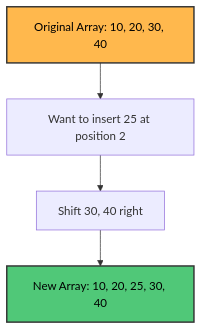
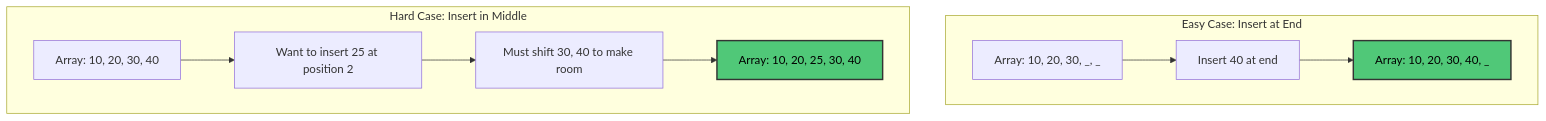
One commit to M-F-Tushar/CSE-2101-Data-Structure changed diagram 12 of 39 in Chapter 4 - Arrays, Records and Pointers/README.md. Above: the diagram before and after it, drawn with Mermaid. The commit also changed other lines of this file, not shown here.

````diff
--- a/Chapter 4 - Arrays, Records and Pointers/README.md
+++ b/Chapter 4 - Arrays, Records and Pointers/README.md
@@ -378,9 +363,16 @@
 ```mermaid
 graph TD
-    A["Original Array: 10, 20, 30, 40"] --> B["Want to insert 25 at position 2"]
-    B --> C["Shift 30, 40 right"]
-    C --> D["New Array: 10, 20, 25, 30, 40"]
+    subgraph "Easy Case: Insert at End"
+        A1["Array: 10, 20, 30, _, _"] --> A2["Insert 40 at end"]
+        A2 --> A3["Array: 10, 20, 30, 40, _"]
+    end
     
-    style A fill:#FFB84D,stroke:#333,stroke-width:2px,color:#000
-    style D fill:#50C878,stroke:#333,stroke-width:2px,color:#000
+    subgraph "Hard Case: Insert in Middle"
+        B1["Array: 10, 20, 30, 40"] --> B2["Want to insert 25 at position 2"]
+        B2 --> B3["Must shift 30, 40 to make room"]
+        B3 --> B4["Array: 10, 20, 25, 30, 40"]
+    end
+    
+    style A3 fill:#50C878,stroke:#333,stroke-width:2px,color:#000
+    style B4 fill:#50C878,stroke:#333,stroke-width:2px,color:#000
 ```
````
